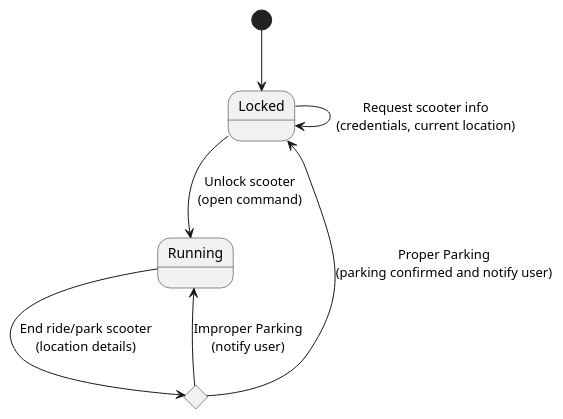
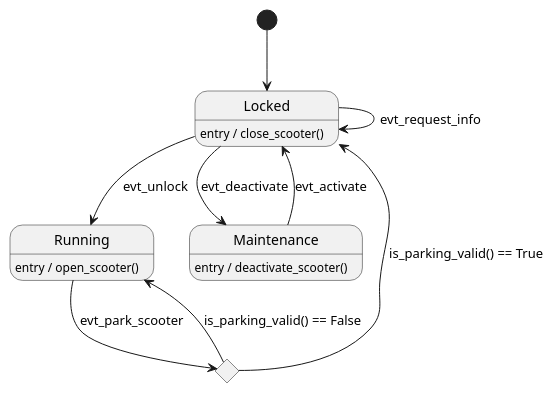
One commit to SverreNystad/communication-systems changed the diagram in docs/diagrams/state-escooter.puml. Above: the diagram before and after it, drawn with PlantUML.

Commit message:
docs: update state diagram for scooter lifecycle events and transitions

```diff
--- a/docs/diagrams/state-escooter.puml
+++ b/docs/diagrams/state-escooter.puml
@@ -1,27 +1,18 @@
 @startuml
 [*] --> Locked
 
-' When the scooter is locked one can request information about the scooter
-state Locked {
+Locked : entry / close_scooter()
+Running : entry / open_scooter()
+Maintenance : entry / deactivate_scooter()
 
-}
-
-state Running {
-}
-
-' Need mqtt topic for this
-Locked --> Locked : Request scooter info\n(credentials, current location)
-
-Locked --> Running : Unlock scooter\n(open command)
-
-' The scooter is unavailable for rental when it is running
-' Only user with the correct credentials can stop the scooter
-' Choice if the scooter is improverly parked the user is notified and still running
-' If the scooter is properly parked the ride ends
+Locked --> Locked : evt_request_info
+Locked --> Maintenance : evt_deactivate
+Maintenance --> Locked : evt_activate
+Locked --> Running : evt_unlock
 
 state c <<choice>>
-Running --> c : End ride/park scooter\n(location details)
-c --> Running : Improper Parking\n(notify user)
-c --> Locked : Proper Parking\n(parking confirmed and notify user)
+Running --> c : evt_park_scooter
+c --> Locked : is_parking_valid() == True
+c --> Running : is_parking_valid() == False
 
 @enduml
```
